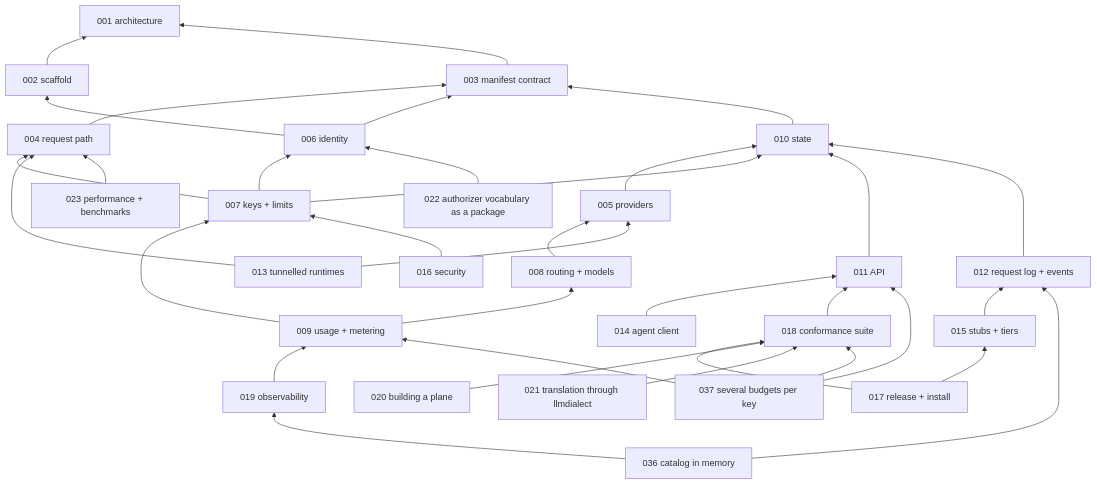
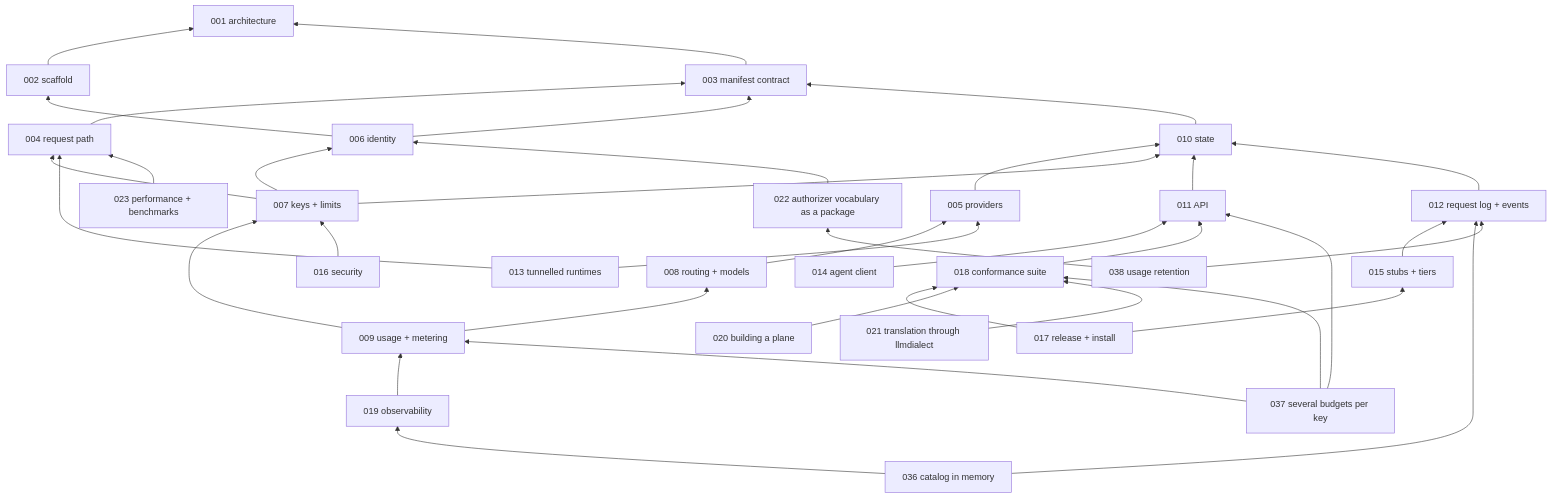
Before and after one commit to latere-ai/lux: the second of 2 diagrams in specs/README.md, drawn with Mermaid. The commit also changed other lines of this file and 1 other file, not shown here.

Commit message:
specs: 038 usage retention by rules on key labels, owner redaction, and a partitioned request log

````diff
--- a/specs/README.md
+++ b/specs/README.md
@@ -101,61 +102,64 @@
 ```mermaid
 flowchart BT
   S001[001 architecture]
   S002[002 scaffold]
   S003[003 manifest contract]
   S004[004 request path]
   S005[005 providers]
   S006[006 identity]
   S007[007 keys + limits]
   S008[008 routing + models]
   S009[009 usage + metering]
   S010[010 state]
   S011[011 API]
   S012[012 request log + events]
   S013[013 tunnelled runtimes]
   S014[014 agent client]
   S015[015 stubs + tiers]
   S016[016 security]
   S017[017 release + install]
   S018[018 conformance suite]
   S019[019 observability]
   S020[020 building a plane]
   S021[021 translation through llmdialect]
   S022[022 authorizer vocabulary as a package]
   S023[023 performance + benchmarks]
   S036[036 catalog in memory]
   S037[037 several budgets per key]
+  S038[038 usage retention]
   S002 --> S001
   S003 --> S001
   S004 --> S003
   S005 --> S010
   S006 --> S002
   S006 --> S003
   S007 --> S004
   S007 --> S006
   S007 --> S010
   S008 --> S005
   S009 --> S007
   S009 --> S008
   S010 --> S003
   S011 --> S010
   S012 --> S010
   S013 --> S004
   S013 --> S005
   S014 --> S011
   S015 --> S012
   S016 --> S007
   S017 --> S015
   S017 --> S018
   S018 --> S011
   S019 --> S009
   S020 --> S018
   S021 --> S018
   S022 --> S006
   S023 --> S004
   S036 --> S012
   S036 --> S019
   S037 --> S009
   S037 --> S011
   S037 --> S018
+  S038 --> S012
+  S038 --> S022
 ```
````
